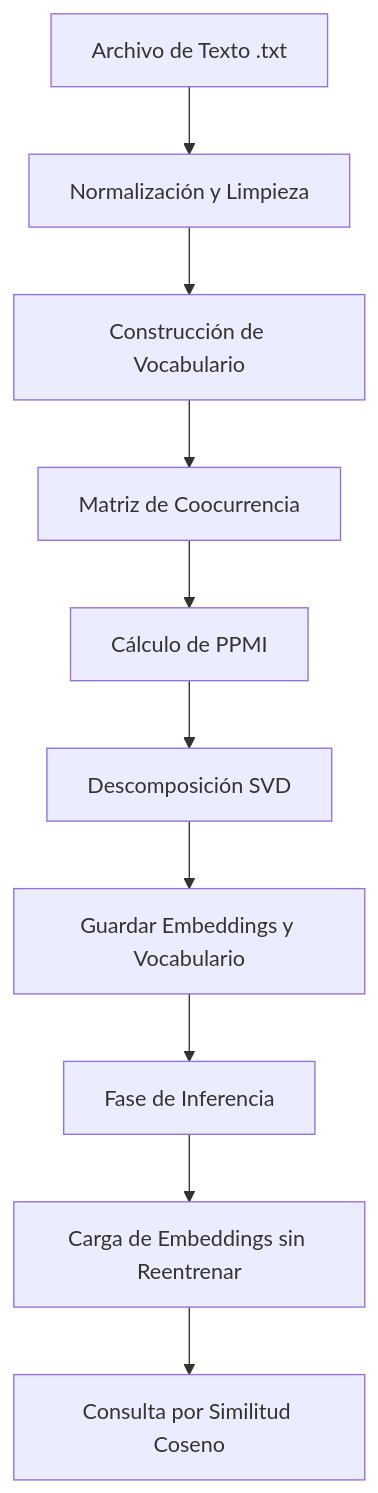
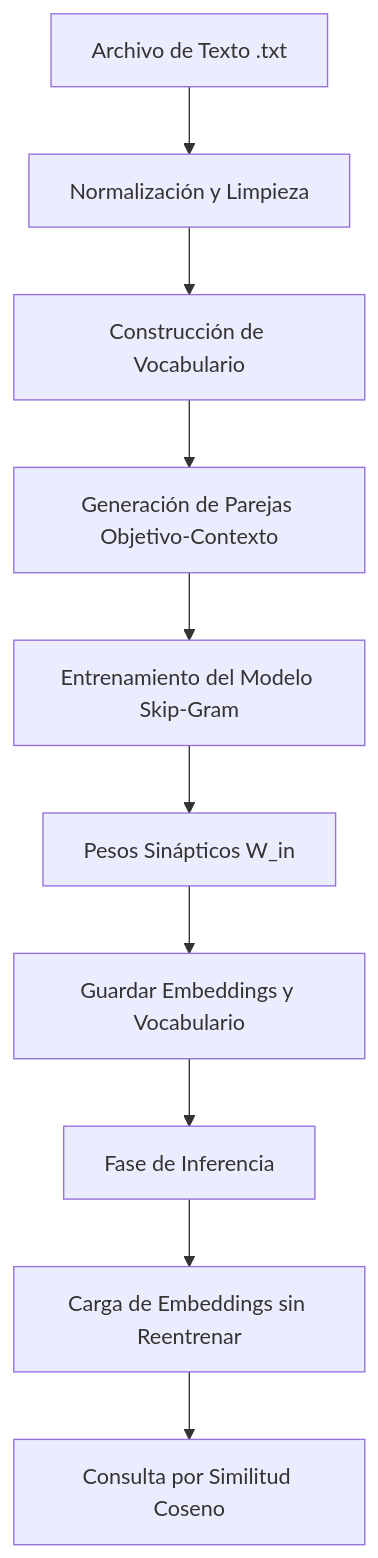
Before and after one commit to SEBASTIANTORRESL0K1/mineria: the diagram in reporte_tecnico.md, drawn with Mermaid. The commit also changed other lines of this file and 9 other files, not shown here.

````diff
--- a/reporte_tecnico.md
+++ b/reporte_tecnico.md
@@ -17,12 +17,12 @@
 ```mermaid
 graph TD
     A[Archivo de Texto .txt] --> B[Normalización y Limpieza]
     B --> C[Construcción de Vocabulario]
-    C --> D[Matriz de Coocurrencia]
-    D --> E[Cálculo de PPMI]
-    E --> F[Descomposición SVD]
+    C --> D[Generación de Parejas Objetivo-Contexto]
+    D --> E[Entrenamiento del Modelo Skip-Gram]
+    E --> F[Pesos Sinápticos W_in]
     F --> G[Guardar Embeddings y Vocabulario]
     G --> H[Fase de Inferencia]
     H --> I[Carga de Embeddings sin Reentrenar]
     I --> J[Consulta por Similitud Coseno]
 ```
````
